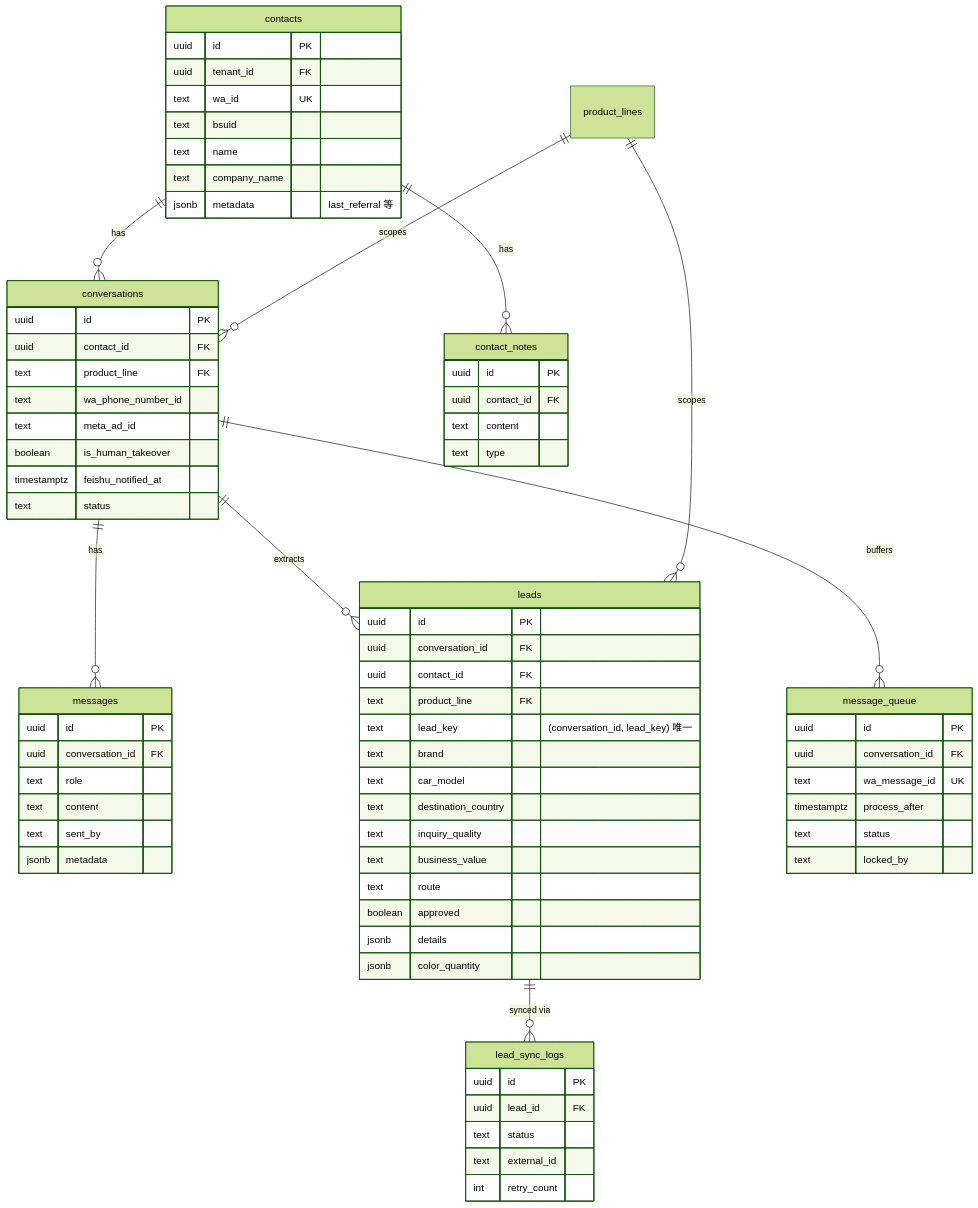
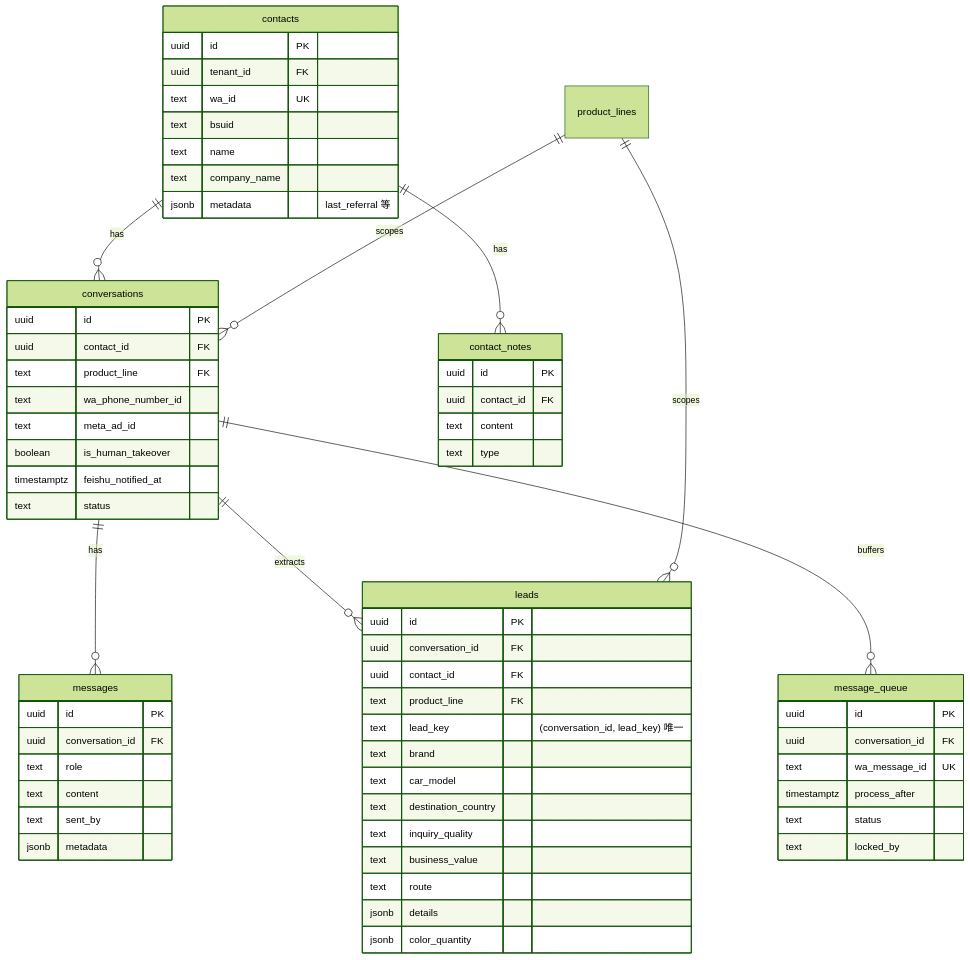
One commit to Sciiaok/xuqiu-bot changed the ninth of 11 diagrams in README.md. Above: the diagram before and after it, drawn with Mermaid (forest theme). The commit also changed other lines of this file and 61 other files, not shown here.

````diff
--- a/README.md
+++ b/README.md
@@ -669,76 +656,67 @@
 ```mermaid
 erDiagram
     contacts ||--o{ conversations : has
     conversations ||--o{ messages : has
     conversations ||--o{ leads : extracts
     conversations ||--o{ message_queue : buffers
-    leads ||--o{ lead_sync_logs : "synced via"
     contacts ||--o{ contact_notes : has
     product_lines ||--o{ conversations : scopes
     product_lines ||--o{ leads : scopes
 
     contacts {
         uuid id PK
         uuid tenant_id FK
         text wa_id UK
         text bsuid
         text name
         text company_name
         jsonb metadata "last_referral 等"
     }
     conversations {
         uuid id PK
         uuid contact_id FK
         text product_line FK
         text wa_phone_number_id
         text meta_ad_id
         boolean is_human_takeover
         timestamptz feishu_notified_at
         text status
     }
     messages {
         uuid id PK
         uuid conversation_id FK
         text role
         text content
         text sent_by
         jsonb metadata
     }
     leads {
         uuid id PK
         uuid conversation_id FK
         uuid contact_id FK
         text product_line FK
         text lead_key "(conversation_id, lead_key) 唯一"
         text brand
         text car_model
         text destination_country
         text inquiry_quality
         text business_value
         text route
-        boolean approved
         jsonb details
         jsonb color_quantity
     }
     contact_notes {
         uuid id PK
         uuid contact_id FK
         text content
         text type
     }
     message_queue {
         uuid id PK
         uuid conversation_id FK
         text wa_message_id UK
         timestamptz process_after
         text status
         text locked_by
     }
-    lead_sync_logs {
-        uuid id PK
-        uuid lead_id FK
-        text status
-        text external_id
-        int retry_count
-    }
 ```
````
